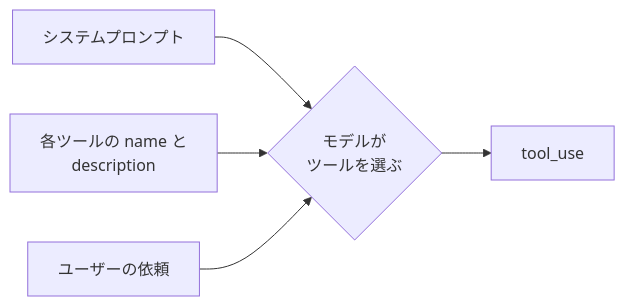
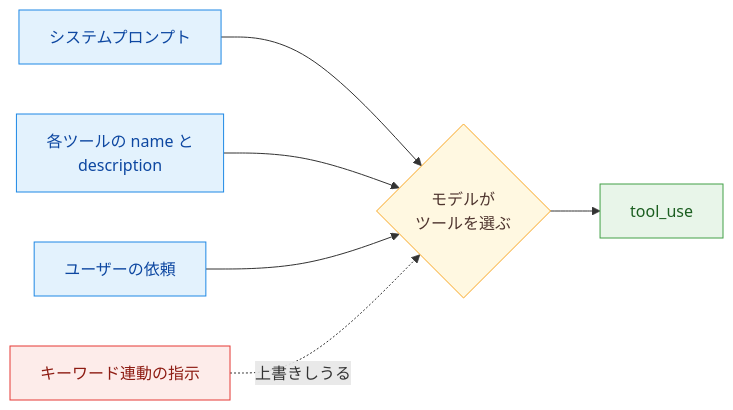
One commit to yuya-take/yuya-exam-notes changed the diagram in ccaf/notes/02-tool-design-mcp/tool-descriptions-boundaries.md. Above: the diagram before and after it, drawn with Mermaid. The commit also changed other lines of this file and 50 other files, not shown here.

````diff
--- a/ccaf/notes/02-tool-design-mcp/tool-descriptions-boundaries.md
+++ b/ccaf/notes/02-tool-design-mcp/tool-descriptions-boundaries.md
@@ -11,7 +12,16 @@
 ```mermaid
 flowchart LR
-  P[システムプロンプト] --> M{モデルが<br/>ツールを選ぶ}
-  D[各ツールの name と<br/>description] --> M
+  P[システムプロンプト] --> M{"モデルが<br/>ツールを選ぶ"}
+  D["各ツールの name と<br/>description"] --> M
   U[ユーザーの依頼] --> M
+  K["キーワード連動の指示"] -. 上書きしうる .-> M
   M --> T[tool_use]
+  classDef run fill:#e3f2fd,stroke:#1e88e5,color:#0d47a1
+  classDef judge fill:#fff8e1,stroke:#f9a825,color:#4e342e
+  classDef done fill:#e8f5e9,stroke:#43a047,color:#1b5e20
+  classDef ng fill:#fdecea,stroke:#e53935,color:#8e1c13
+  class P,D,U run
+  class M judge
+  class T done
+  class K ng
 ```
````
